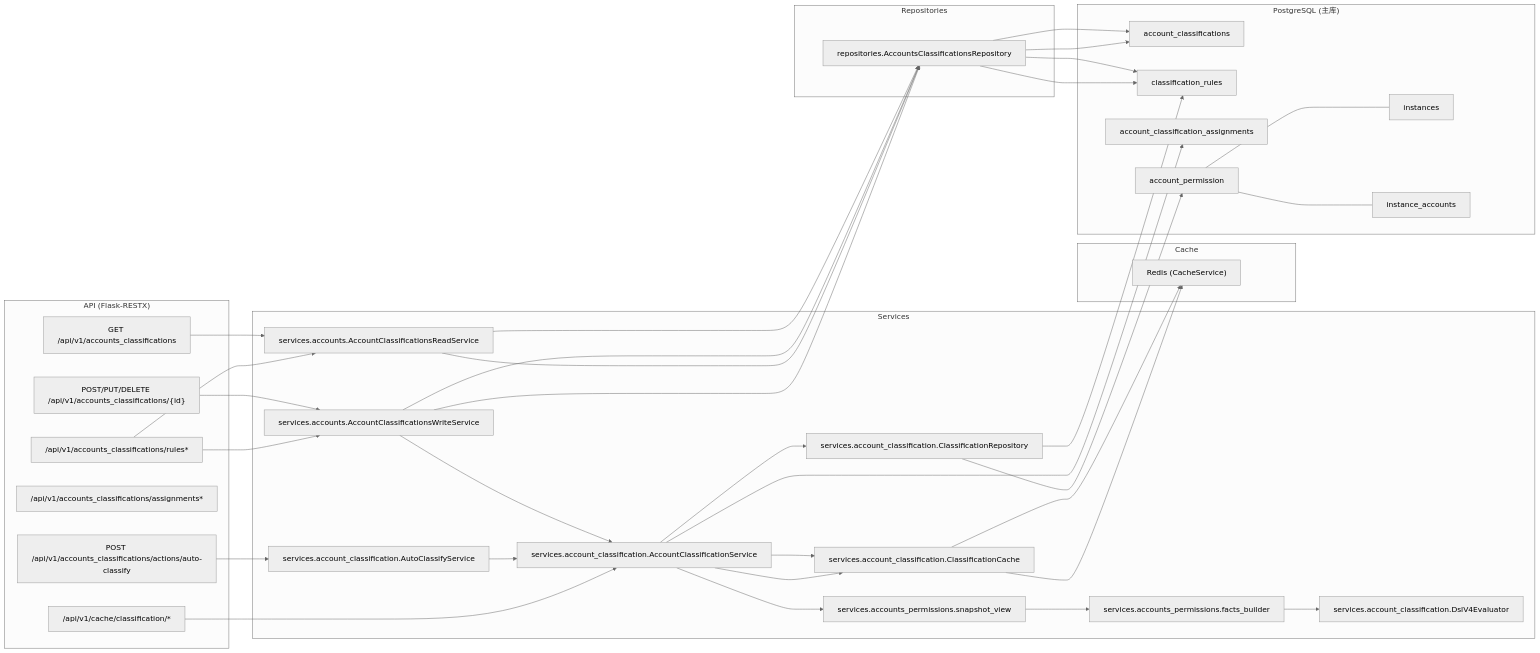
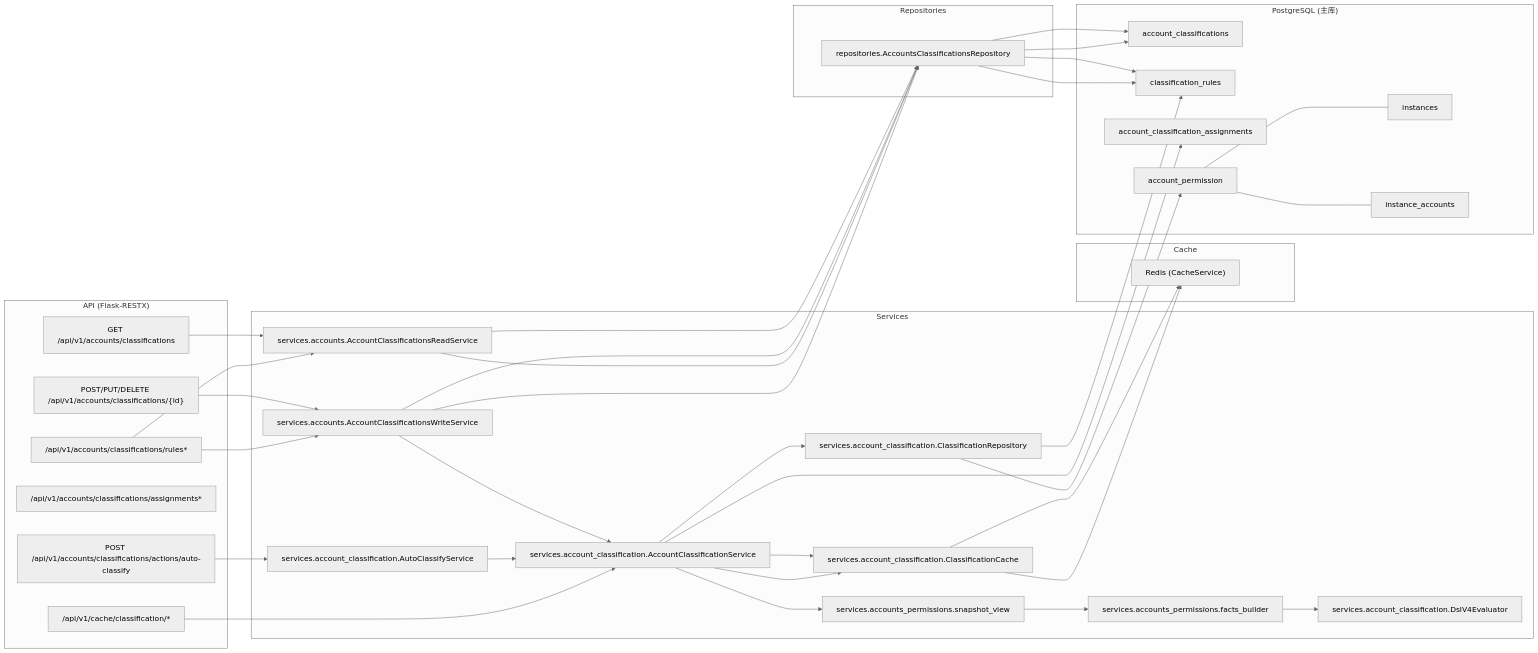
Before and after one commit to nyealovey/WhaleFall: the first of 5 diagrams in docs/architecture/classification-domain.md, drawn with Mermaid (neutral theme). The commit also changed other lines of this file and 10 other files, not shown here.

````diff
--- a/docs/architecture/classification-domain.md
+++ b/docs/architecture/classification-domain.md
@@ -33,57 +33,57 @@
 ```mermaid
 flowchart LR
   subgraph API["API (Flask-RESTX)"]
-    ClsList["GET /api/v1/accounts_classifications"]
-    ClsWrite["POST/PUT/DELETE /api/v1/accounts_classifications/{id}"]
-    RuleApi["/api/v1/accounts_classifications/rules*"]
-    AssignApi["/api/v1/accounts_classifications/assignments*"]
-    Auto["POST /api/v1/accounts_classifications/actions/auto-classify"]
+    ClsList["GET /api/v1/accounts/classifications"]
+    ClsWrite["POST/PUT/DELETE /api/v1/accounts/classifications/{id}"]
+    RuleApi["/api/v1/accounts/classifications/rules*"]
+    AssignApi["/api/v1/accounts/classifications/assignments*"]
+    Auto["POST /api/v1/accounts/classifications/actions/auto-classify"]
     CacheApi["/api/v1/cache/classification/*"]
   end
 
   subgraph Services["Services"]
     ReadSvc["services.accounts.AccountClassificationsReadService"]
     WriteSvc["services.accounts.AccountClassificationsWriteService"]
     AutoSvc["services.account_classification.AutoClassifyService"]
     Orchestrator["services.account_classification.AccountClassificationService"]
     RepoEngine["services.account_classification.ClassificationRepository"]
     CacheEngine["services.account_classification.ClassificationCache"]
     Dsl["services.account_classification.DslV4Evaluator"]
     Facts["services.accounts_permissions.facts_builder"]
     Snapshot["services.accounts_permissions.snapshot_view"]
   end
 
   subgraph Repos["Repositories"]
     RepoCrud["repositories.AccountsClassificationsRepository"]
   end
 
   subgraph Cache["Cache"]
     Redis["Redis (CacheService)"]
   end
 
   subgraph DB["PostgreSQL (主库)"]
     TClass["account_classifications"]
     TRule["classification_rules"]
     TAssign["account_classification_assignments"]
     TPerm["account_permission"]
     TInst["instances"]
     TIA["instance_accounts"]
   end
 
   ClsList --> ReadSvc --> RepoCrud --> TClass
   ClsWrite --> WriteSvc --> RepoCrud --> TClass
   RuleApi --> ReadSvc --> RepoCrud --> TRule
   RuleApi --> WriteSvc --> RepoCrud --> TRule
   WriteSvc --> Orchestrator --> CacheEngine --> Redis
 
   Auto --> AutoSvc --> Orchestrator
   Orchestrator --> CacheEngine --> Redis
   Orchestrator --> RepoEngine --> TRule
   RepoEngine --> TPerm
   TPerm --- TInst
   TPerm --- TIA
   Orchestrator --> TAssign
   Orchestrator --> Snapshot --> Facts --> Dsl
 
   CacheApi --> Orchestrator
 ```
````
